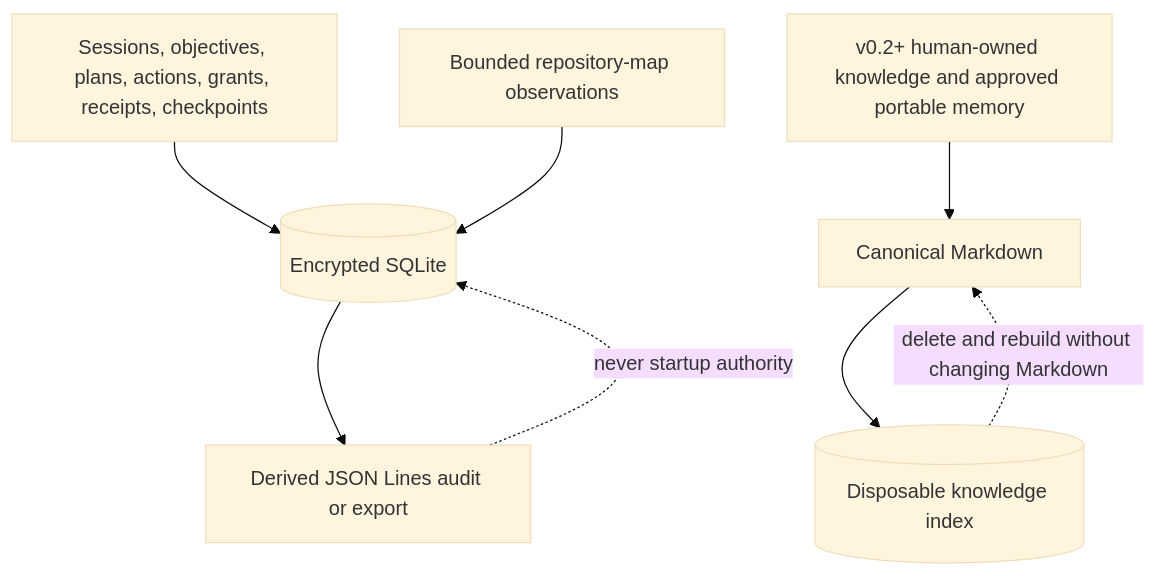
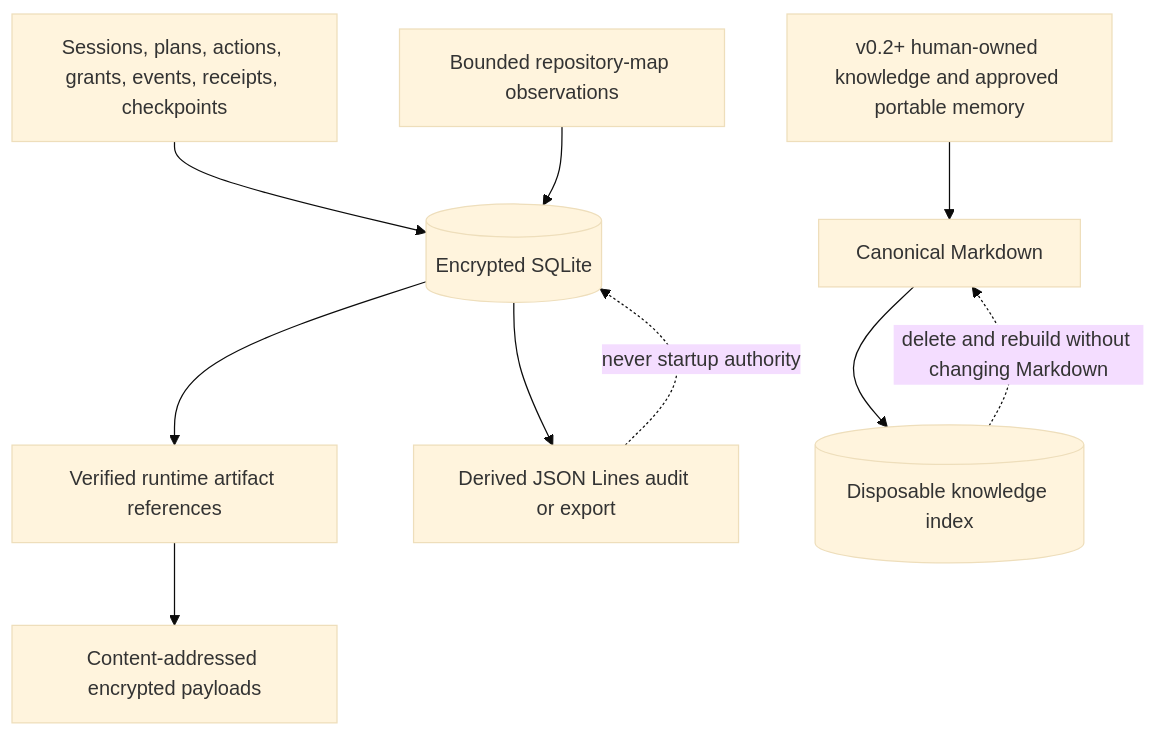
The fourth of 6 diagrams in PRD.md (AaronNHorvitz/AgentMage), drawn with Mermaid (base theme) before and after one commit. The commit also changed other lines of this file and 13 other files, not shown here.

Commit message:
docs(planning): integrate reusable coding harness roadmap

````diff
--- a/PRD.md
+++ b/PRD.md
@@ -436,10 +476,12 @@
 ```mermaid
 flowchart TD
-    OP["Sessions, objectives, plans, actions, grants, receipts, checkpoints"] --> SQL[("Encrypted SQLite")]
+    OP["Sessions, plans, actions, grants, events, receipts, checkpoints"] --> SQL[("Encrypted SQLite")]
+    SQL --> REF["Verified runtime artifact references"]
+    REF --> BLOB["Content-addressed encrypted payloads"]
     RM["Bounded repository-map observations"] --> SQL
     HK["v0.2+ human-owned knowledge and approved portable memory"] --> MD["Canonical Markdown"]
     SQL --> EXP["Derived JSON Lines audit or export"]
     MD --> IDX[("Disposable knowledge index")]
     IDX -. "delete and rebuild without changing Markdown" .-> MD
     EXP -. "never startup authority" .-> SQL
 ```
````
